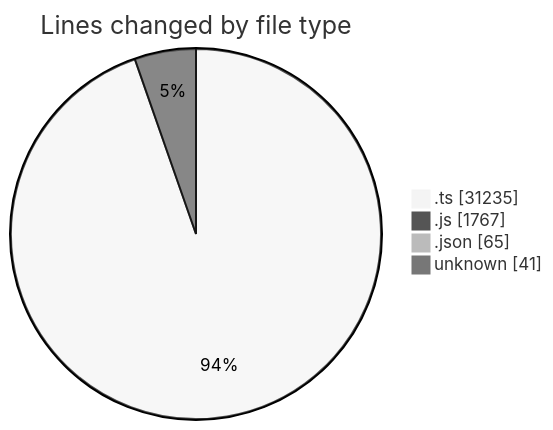
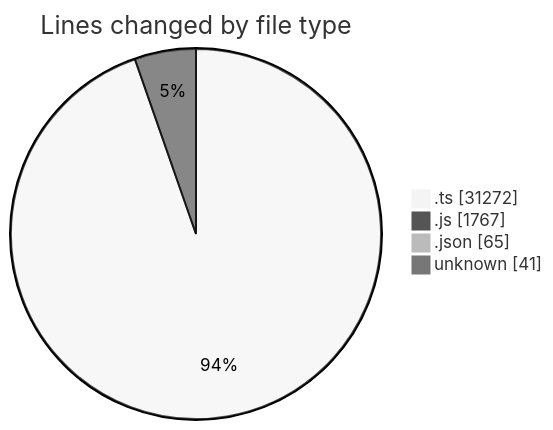
One commit to momahboobian/code-tracking changed the first of 2 diagrams in 2025-07-31/cda/README.md. Above: the diagram before and after it, drawn with Mermaid (neutral theme). The commit also changed other lines of this file and 1 other file, not shown here.

````diff
--- a/2025-07-31/cda/README.md
+++ b/2025-07-31/cda/README.md
@@ -26,8 +26,8 @@
 ```mermaid
 pie showData
 title Lines changed by file type
-".ts" : 31235
+".ts" : 31272
 ".js" : 1767
 ".json" : 65
 "unknown" : 41
 ```
````
